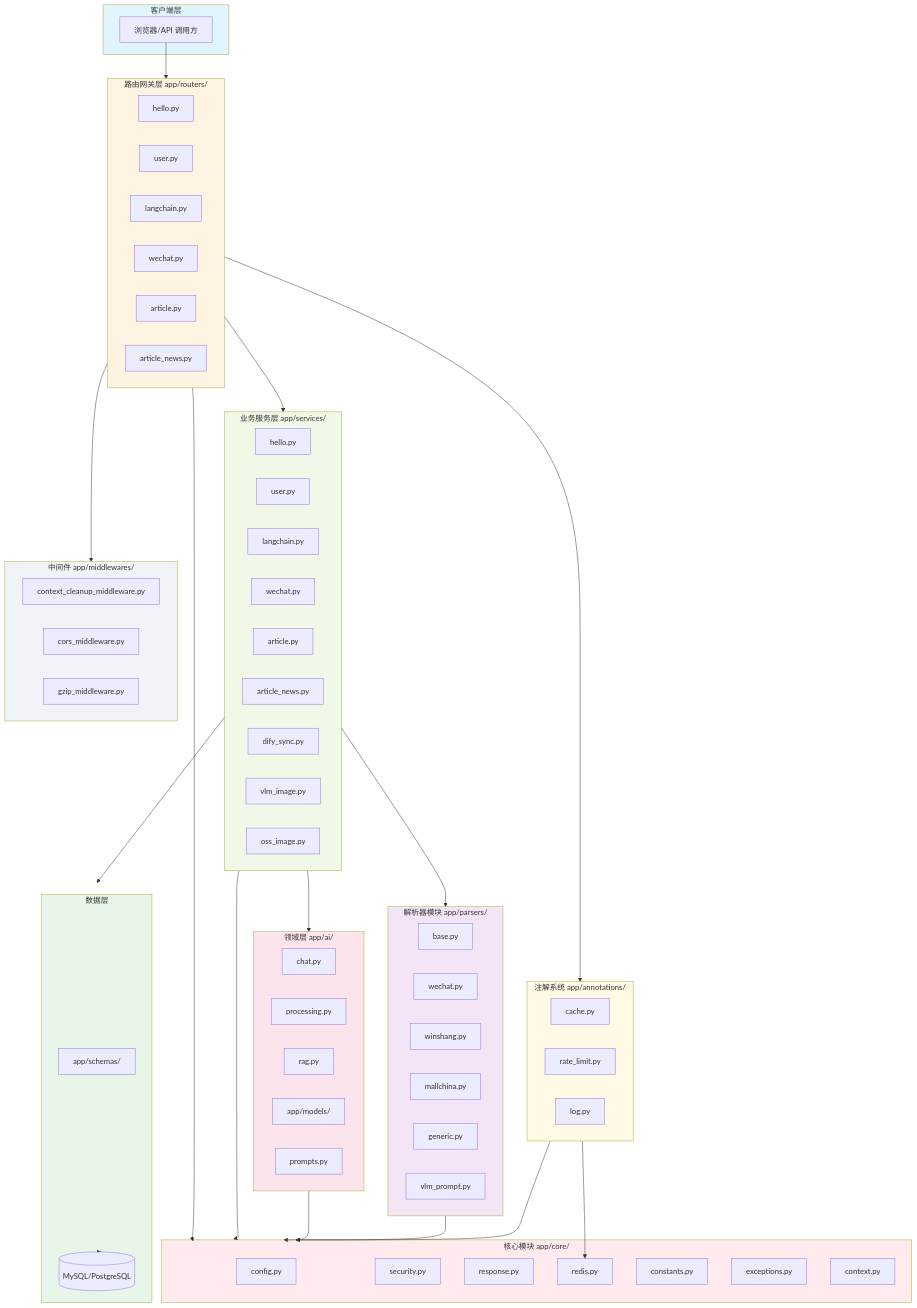
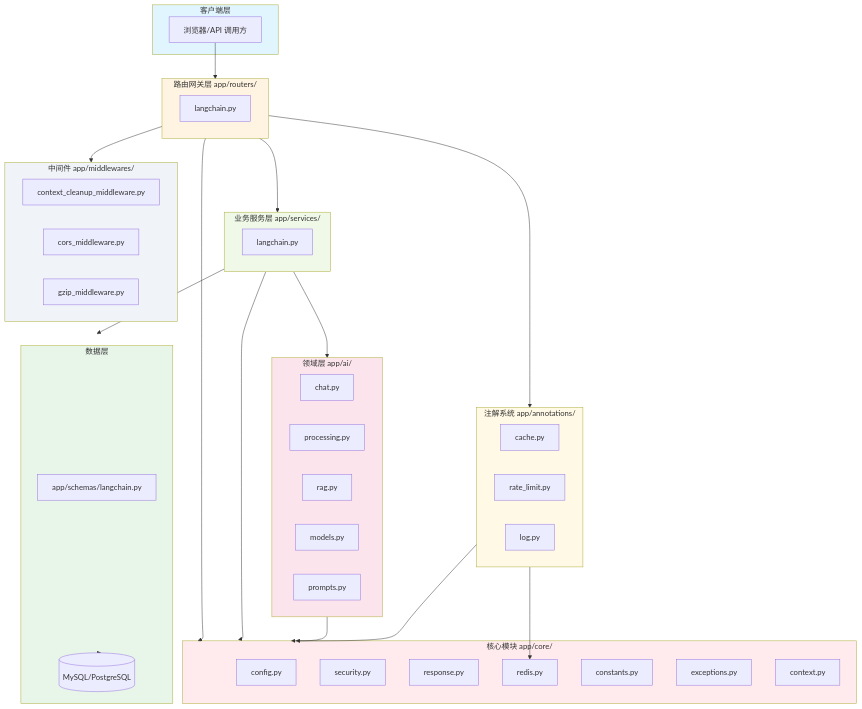
The first of 2 diagrams in CLAUDE.md (a5635268/fastapi-tp6-ai-sidecar), drawn with Mermaid before and after one commit. The commit also changed other lines of this file and 73 other files, not shown here.

```diff
--- a/CLAUDE.md
+++ b/CLAUDE.md
@@ -17,24 +17,11 @@
     end
 
     subgraph Gateway["路由网关层 app/routers/"]
-        Hello[hello.py]
-        User[user.py]
         LangChain[langchain.py]
-        Wechat[wechat.py]
-        Article[article.py]
-        ArticleNews[article_news.py]
     end
 
     subgraph Service["业务服务层 app/services/"]
-        HelloSvc[hello.py]
-        UserSvc[user.py]
         LangChainSvc[langchain.py]
-        WechatSvc[wechat.py]
-        ArticleSvc[article.py]
-        ArticleNewsSvc[article_news.py]
-        DifySvc[dify_sync.py]
-        VlmSvc[vlm_image.py]
-        OssSvc[oss_image.py]
     end
 
     subgraph Domain["领域层 app/ai/"]
@@ -45,18 +32,8 @@
         Prompts[prompts.py]
     end
 
-    subgraph Parser["解析器模块 app/parsers/"]
-        BaseParser[base.py]
-        WechatParser[wechat.py]
-        WinshangParser[winshang.py]
-        MallChinaParser[mallchina.py]
-        GenericParser[generic.py]
-        VlmPrompt[vlm_prompt.py]
-    end
-
     subgraph Data["数据层"]
-        Models[app/models/]
-        Schemas[app/schemas/]
+        Schemas[app/schemas/langchain.py]
         DB[(MySQL/PostgreSQL)]
     end
 
@@ -87,13 +64,11 @@
     Gateway --> Annotation
     Gateway --> Middleware
     Service --> Domain
-    Service --> Parser
     Service --> Data
     Data --> DB
     Gateway --> Core
     Service --> Core
     Domain --> Core
-    Parser --> Core
     Annotation --> Core
     Annotation --> Redis
 
@@ -101,7 +76,6 @@
     style Gateway fill:#fff4e1
     style Service fill:#f0f9e8
     style Domain fill:#fce4ec
-    style Parser fill:#f3e5f5
     style Data fill:#e8f5e9
     style Core fill:#ffebee
     style Annotation fill:#fff9e6
```
